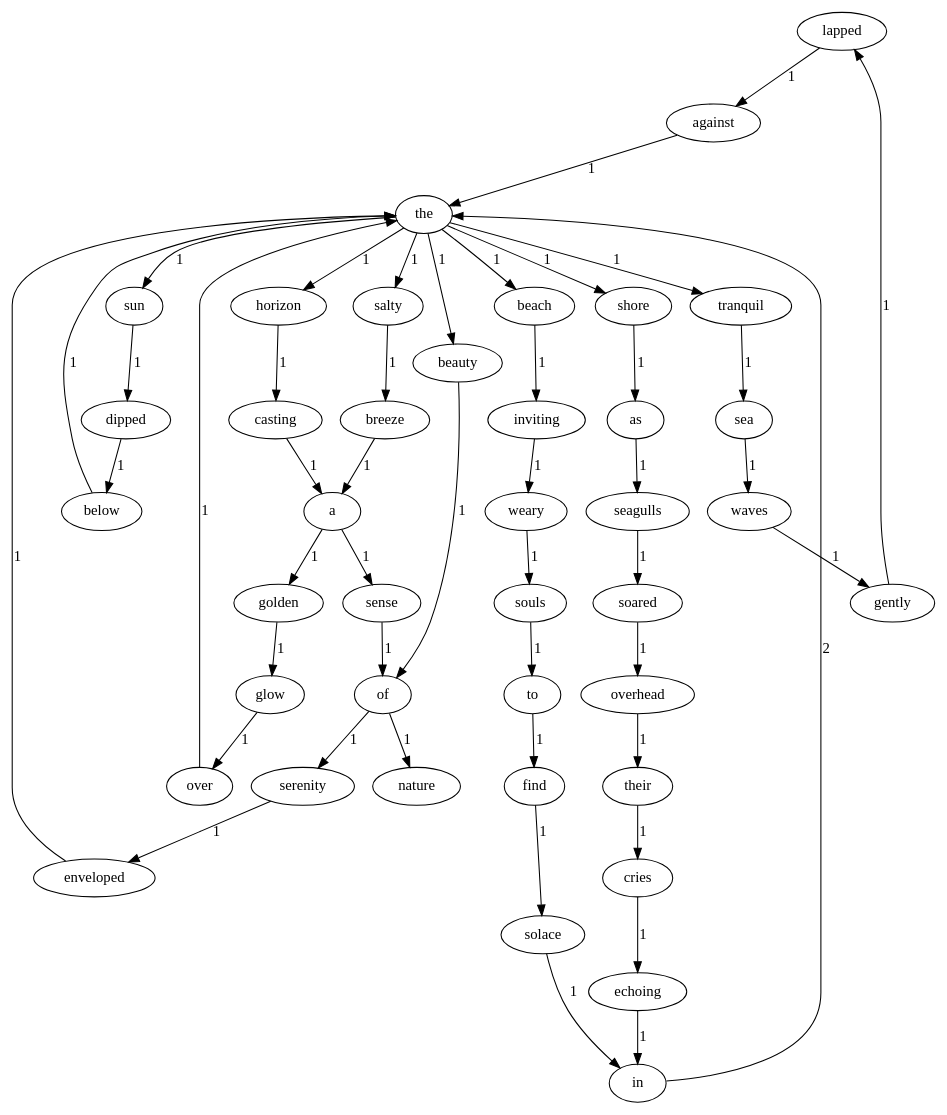
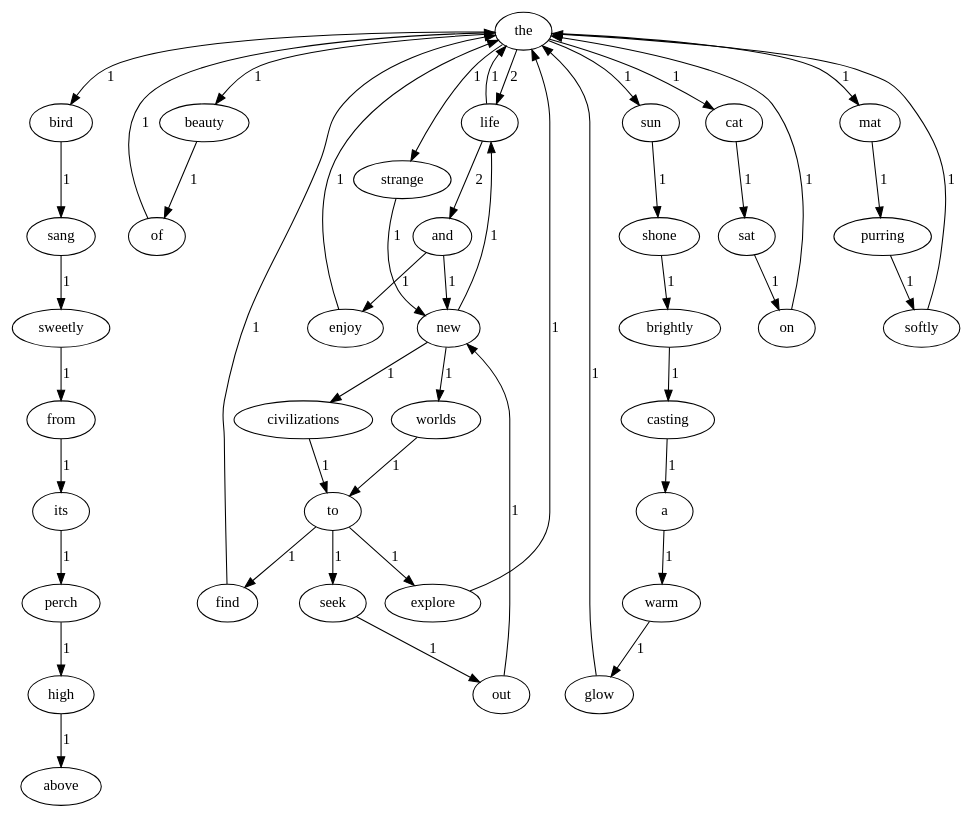
The diagram in result/directed_graph.dot (worldofmathematics/Lab1-2021113314), drawn with Graphviz before and after one commit. The commit also changed 24 other files, not shown here.

```diff
--- a/result/directed_graph.dot
+++ b/result/directed_graph.dot
@@ -1,49 +1,49 @@
 digraph G {
-	lapped -> against [label="1"];
-	serenity -> enveloped [label="1"];
-	dipped -> below [label="1"];
+	sweetly -> from [label="1"];
+	worlds -> to [label="1"];
 	beauty -> of [label="1"];
-	against -> the [label="1"];
-	their -> cries [label="1"];
-	enveloped -> the [label="1"];
-	sun -> dipped [label="1"];
-	sea -> waves [label="1"];
-	find -> solace [label="1"];
-	of -> serenity [label="1"];
-	of -> nature [label="1"];
-	golden -> glow [label="1"];
+	brightly -> casting [label="1"];
+	enjoy -> the [label="1"];
+	seek -> out [label="1"];
+	sun -> shone [label="1"];
+	life -> the [label="1"];
+	life -> and [label="2"];
+	out -> new [label="1"];
+	high -> above [label="1"];
+	and -> new [label="1"];
+	and -> enjoy [label="1"];
+	find -> the [label="1"];
+	of -> the [label="1"];
+	cat -> sat [label="1"];
+	bird -> sang [label="1"];
 	casting -> a [label="1"];
-	over -> the [label="1"];
-	waves -> gently [label="1"];
-	cries -> echoing [label="1"];
-	a -> golden [label="1"];
-	a -> sense [label="1"];
-	salty -> breeze [label="1"];
-	inviting -> weary [label="1"];
-	below -> the [label="1"];
-	in -> the [label="2"];
-	overhead -> their [label="1"];
-	weary -> souls [label="1"];
-	shore -> as [label="1"];
-	souls -> to [label="1"];
-	tranquil -> sea [label="1"];
-	sense -> of [label="1"];
-	soared -> overhead [label="1"];
-	breeze -> a [label="1"];
-	echoing -> in [label="1"];
-	the -> salty [label="1"];
-	the -> horizon [label="1"];
+	from -> its [label="1"];
+	perch -> high [label="1"];
+	civilizations -> to [label="1"];
+	on -> the [label="1"];
+	new -> worlds [label="1"];
+	new -> civilizations [label="1"];
+	new -> life [label="1"];
+	mat -> purring [label="1"];
+	purring -> softly [label="1"];
+	a -> warm [label="1"];
+	explore -> the [label="1"];
+	sat -> on [label="1"];
+	its -> perch [label="1"];
+	strange -> new [label="1"];
+	the -> mat [label="1"];
 	the -> beauty [label="1"];
-	the -> beach [label="1"];
-	the -> shore [label="1"];
-	the -> tranquil [label="1"];
+	the -> bird [label="1"];
+	the -> cat [label="1"];
 	the -> sun [label="1"];
-	horizon -> casting [label="1"];
-	as -> seagulls [label="1"];
-	seagulls -> soared [label="1"];
-	gently -> lapped [label="1"];
-	beach -> inviting [label="1"];
+	the -> life [label="2"];
+	the -> strange [label="1"];
+	warm -> glow [label="1"];
+	sang -> sweetly [label="1"];
+	shone -> brightly [label="1"];
+	to -> explore [label="1"];
 	to -> find [label="1"];
-	glow -> over [label="1"];
-	solace -> in [label="1"];
+	to -> seek [label="1"];
+	glow -> the [label="1"];
+	softly -> the [label="1"];
 }
```
